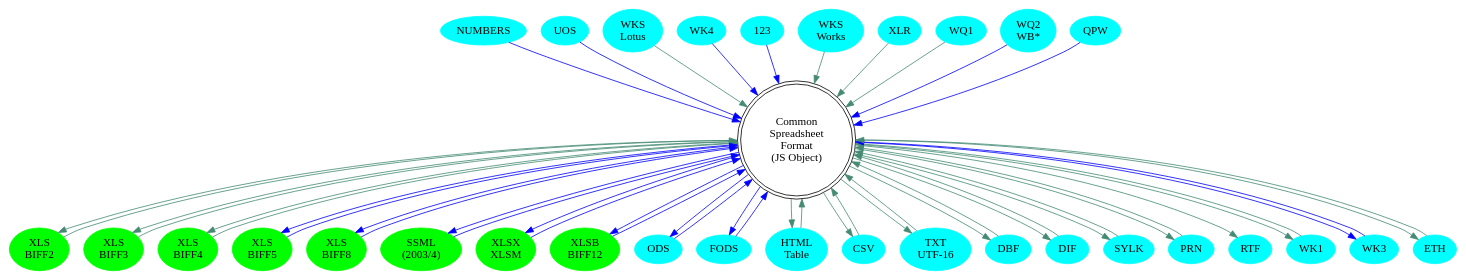
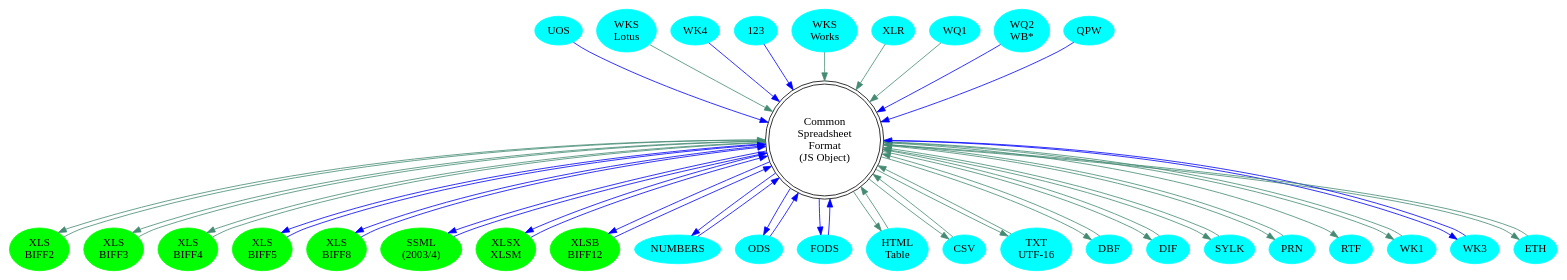
One commit to KingTiger001/sheet-project changed the diagram in misc/formats.dot. Above: the diagram before and after it, drawn with Graphviz. The commit also changed 37 other files, not shown here.

```diff
--- a/misc/formats.dot
+++ b/misc/formats.dot
@@ -1,101 +1,102 @@
 digraph G {
 	graph [mindist=0.1];
 	node [fontname="Indie Flower"];
 	csf [shape=doublecircle,label="Common\nSpreadsheet\nFormat\n(JS Object)"];
 	subgraph XL {
 		node  [style=filled,color="#00FF00"];
 		xls2  [label="XLS\nBIFF2"];
 		xls3  [label="XLS\nBIFF3"];
 		xls4  [label="XLS\nBIFF4"];
 		xls5  [label="XLS\nBIFF5"];
 		xls8  [label="XLS\nBIFF8"];
 		xlml  [label="SSML\n(2003/4)"];
 		xlsx  [label="XLSX\nXLSM"];
 		xlsb  [label="XLSB\nBIFF12"];
 	}
 
 	subgraph OLD {
 		node  [style=filled,color=cyan];
 		nums  [label="NUMBERS"];
 		ods   [label="ODS"];
 		fods  [label="FODS"];
 		uos   [label="UOS"];
 		html  [label="HTML\nTable"];
 		csv   [label="CSV"];
 		txt   [label="TXT\nUTF-16"];
 		dbf   [label="DBF"];
 		dif   [label="DIF"];
 		slk   [label="SYLK"];
 		prn   [label="PRN"];
 		rtf   [label="RTF"];
 		wk1   [label="WK1"];
 		wksl  [label="WKS\nLotus"];
 		wk3   [label="WK3"];
 		wk4   [label="WK4"]
 		123   [label="123"];
 		wksm  [label="WKS\nWorks"];
 		xlr   [label="XLR"];
 		wq1   [label="WQ1"];
 		wq2   [label="WQ2\nWB*"];
 		qpw   [label="QPW"];
 		eth   [label="ETH"];
 	}
 
 	subgraph WORKBOOK {
 		edge [color=blue];
 		csf -> xlsx
 		xlsx -> csf
 		csf -> xlsb
 		xlsb -> csf
 		csf -> xlml
 		xlml -> csf
 		csf -> xls5
 		xls5 -> csf
 		csf -> xls8
 		xls8 -> csf
 		wq2 -> csf
 		ods -> csf
 		csf -> ods
 		fods -> csf
 		csf -> fods
 		uos -> csf
 		wk3 -> csf
 		csf -> wk3
 		wk4 -> csf
 		123 -> csf
 		qpw -> csf
 		nums -> csf
+		csf -> nums
 	}
 	subgraph WORKSHEET {
 		edge [color=aquamarine4];
 		xls2 -> csf
 		csf -> xls2
 		xls3 -> csf
 		csf -> xls3
 		xls4 -> csf
 		csf -> xls4
 		csf -> slk
 		slk -> csf
 		csf -> dif
 		wk1 -> csf
 		csf -> wk1
 		xlr -> csf
 		wq1 -> csf
 		wksl -> csf
 		wksm -> csf
 		dif -> csf
 		csf -> rtf
 		prn -> csf
 		csf -> prn
 		csv -> csf
 		csf -> csv
 		txt -> csf
 		csf -> txt
 		dbf -> csf
 		csf -> dbf
 		html -> csf
 		csf -> html
 		csf -> eth
 		eth -> csf
 	}
 }
```
